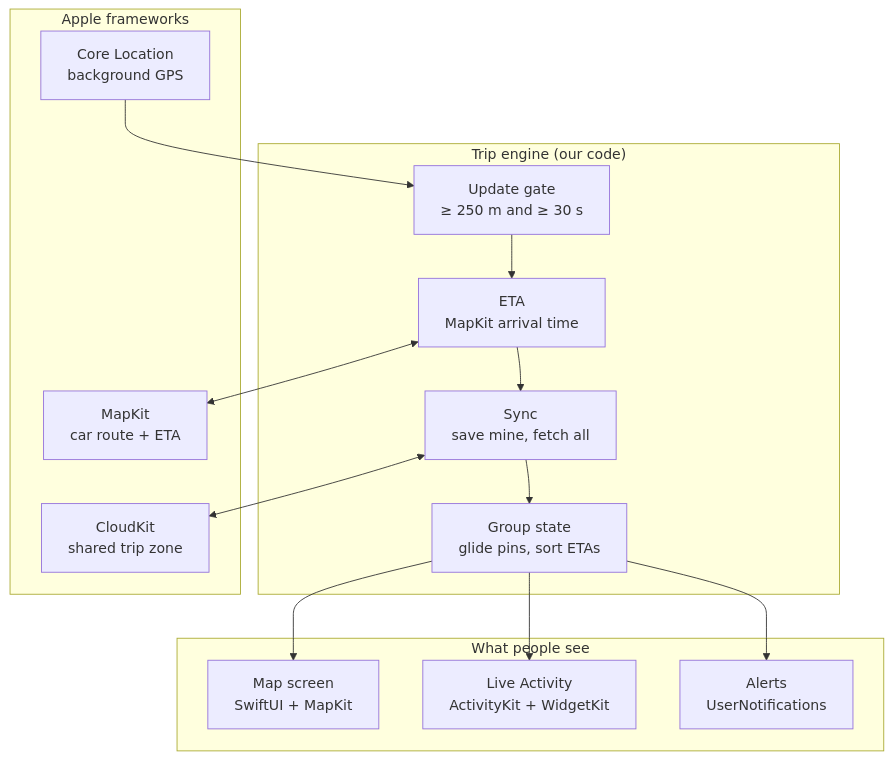
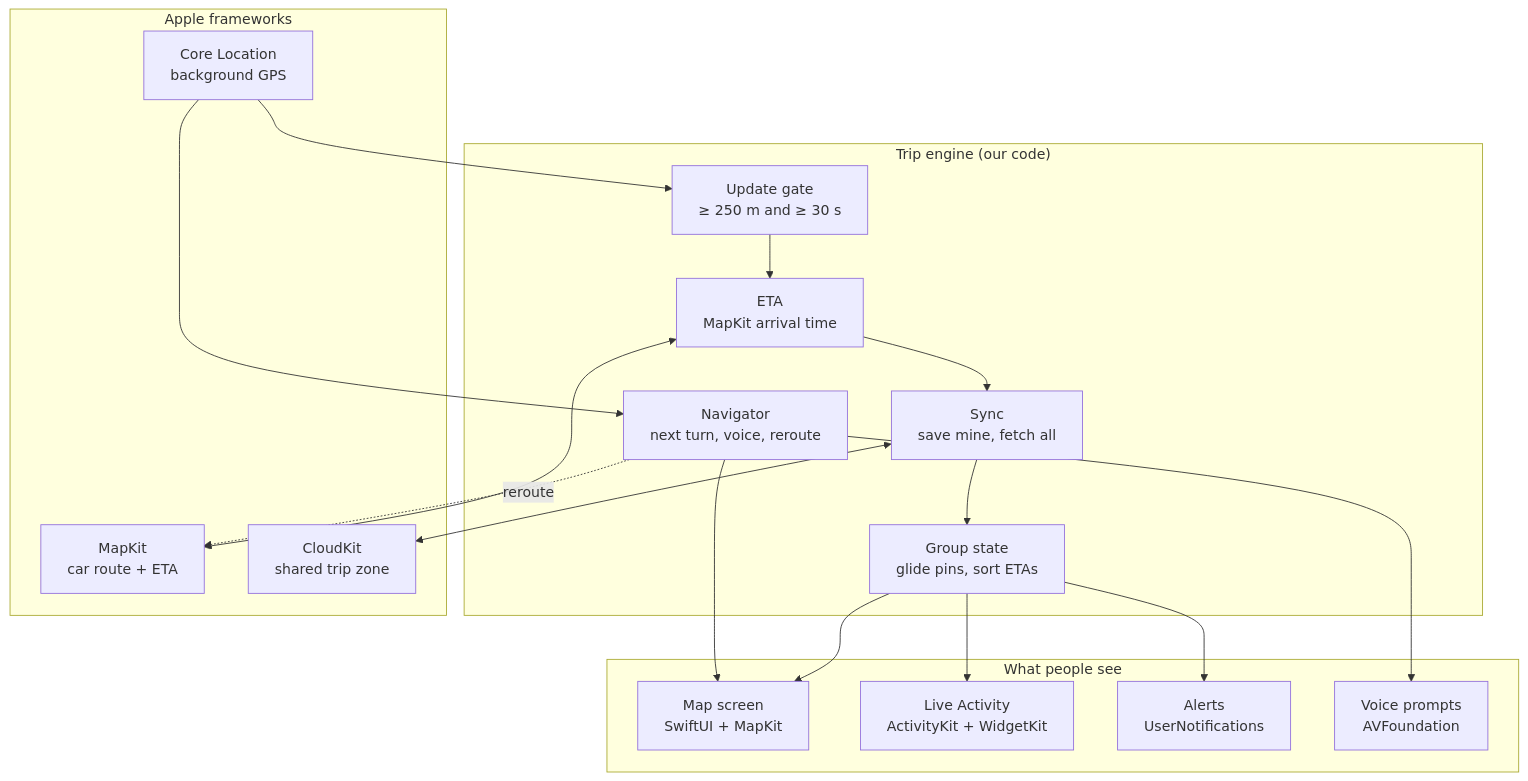
The second of 4 diagrams in README.md (hardytee1/Funtastic4), drawn with Mermaid before and after one commit. The commit also changed other lines of this file and 5 other files, not shown here.

First line of the commit message:
Add turn-by-turn navigation: banner, voice prompts and rerouting

````diff
--- a/README.md
+++ b/README.md
@@ -42,20 +42,25 @@
 ```mermaid
 flowchart TB
     subgraph surfaces["What people see"]
         screen["Map screen<br/>SwiftUI + MapKit"]
         liveAct["Live Activity<br/>ActivityKit + WidgetKit"]
         alertsN["Alerts<br/>UserNotifications"]
+        voice["Voice prompts<br/>AVFoundation"]
     end
     subgraph engine["Trip engine (our code)"]
+        navigator["Navigator<br/>next turn, voice, reroute"]
         gate["Update gate<br/>≥ 250 m and ≥ 30 s"] --> etaStep["ETA<br/>MapKit arrival time"] --> syncStep["Sync<br/>save mine, fetch all"] --> groupState["Group state<br/>glide pins, sort ETAs"]
     end
     subgraph frameworks["Apple frameworks"]
         coreLoc["Core Location<br/>background GPS"]
         mapKit["MapKit<br/>car route + ETA"]
         cloudKit["CloudKit<br/>shared trip zone"]
     end
     coreLoc --> gate
+    coreLoc --> navigator
+    navigator --> screen & voice
+    navigator -. "reroute" .-> mapKit
     etaStep <--> mapKit
     syncStep <--> cloudKit
     groupState --> screen & liveAct & alertsN
 ```
````
